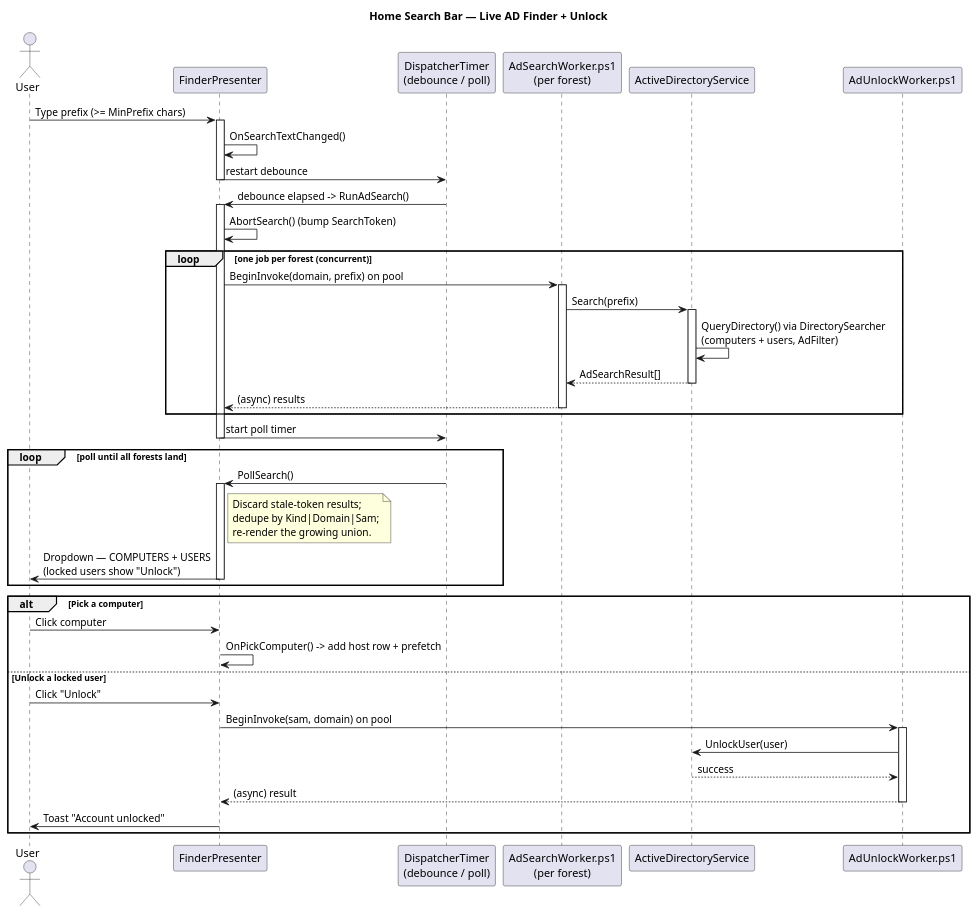
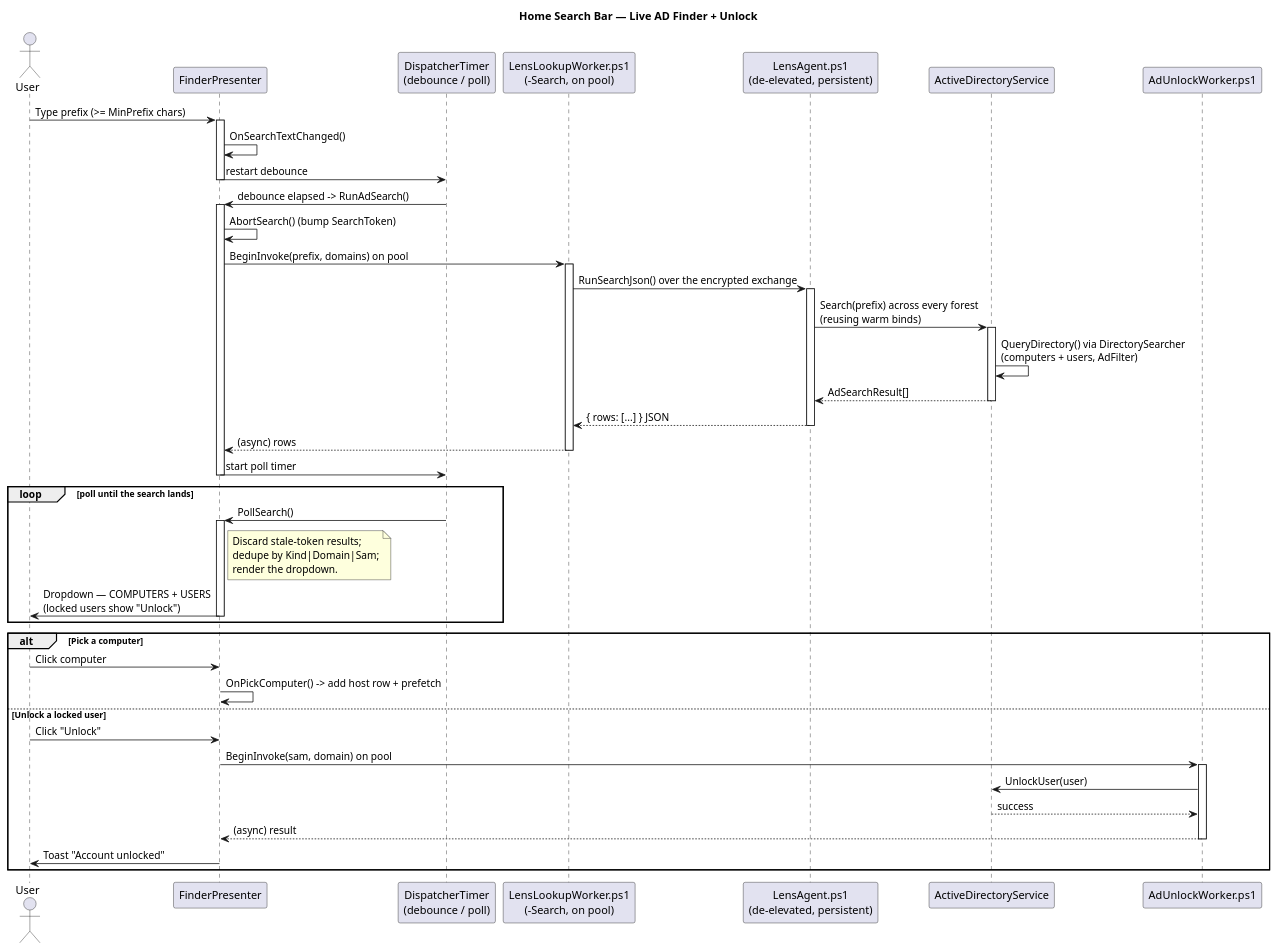
One commit to Danial-Changez/DONUT changed the diagram in docs/diagrams/ad_finder_sequence_diagram.puml. Above: the diagram before and after it, drawn with PlantUML. The commit also changed 7 other files, not shown here.

First line of the commit message:
docs: sync with recent changes - AD finder via the Lens agent + website->web

```diff
--- a/docs/diagrams/ad_finder_sequence_diagram.puml
+++ b/docs/diagrams/ad_finder_sequence_diagram.puml
@@ -1,55 +1,58 @@
 @startuml ad_finder_sequence_diagram
 title Home Search Bar — Live AD Finder + Unlock
 
 actor User
 participant "FinderPresenter" as Presenter
 participant "DispatcherTimer\n(debounce / poll)" as Timer
-participant "AdSearchWorker.ps1\n(per forest)" as Worker
+participant "LensLookupWorker.ps1\n(-Search, on pool)" as Worker
+participant "LensAgent.ps1\n(de-elevated, persistent)" as Agent
 participant "ActiveDirectoryService" as AD
 participant "AdUnlockWorker.ps1" as Unlock
 
 User -> Presenter: Type prefix (>= MinPrefix chars)
 activate Presenter
 Presenter -> Presenter: OnSearchTextChanged()
 Presenter -> Timer: restart debounce
 deactivate Presenter
 
 Timer -> Presenter: debounce elapsed -> RunAdSearch()
 activate Presenter
 Presenter -> Presenter: AbortSearch() (bump SearchToken)
-loop one job per forest (concurrent)
-    Presenter -> Worker: BeginInvoke(domain, prefix) on pool
-    activate Worker
-    Worker -> AD: Search(prefix)
-    activate AD
-    AD -> AD: QueryDirectory() via DirectorySearcher\n(computers + users, AdFilter)
-    AD --> Worker: AdSearchResult[]
-    deactivate AD
-    Worker --> Presenter: (async) results
-    deactivate Worker
-end
+Presenter -> Worker: BeginInvoke(prefix, domains) on pool
+activate Worker
+Worker -> Agent: RunSearchJson() over the encrypted exchange
+activate Agent
+Agent -> AD: Search(prefix) across every forest\n(reusing warm binds)
+activate AD
+AD -> AD: QueryDirectory() via DirectorySearcher\n(computers + users, AdFilter)
+AD --> Agent: AdSearchResult[]
+deactivate AD
+Agent --> Worker: { rows: [...] } JSON
+deactivate Agent
+Worker --> Presenter: (async) rows
+deactivate Worker
 Presenter -> Timer: start poll timer
 deactivate Presenter
 
-loop poll until all forests land
+loop poll until the search lands
     Timer -> Presenter: PollSearch()
     activate Presenter
-    note right of Presenter: Discard stale-token results;\ndedupe by Kind|Domain|Sam;\nre-render the growing union.
+    note right of Presenter: Discard stale-token results;\ndedupe by Kind|Domain|Sam;\nrender the dropdown.
     Presenter -> User: Dropdown — COMPUTERS + USERS\n(locked users show "Unlock")
     deactivate Presenter
 end
 
 alt Pick a computer
     User -> Presenter: Click computer
     Presenter -> Presenter: OnPickComputer() -> add host row + prefetch
 else Unlock a locked user
     User -> Presenter: Click "Unlock"
     Presenter -> Unlock: BeginInvoke(sam, domain) on pool
     activate Unlock
     Unlock -> AD: UnlockUser(user)
     AD --> Unlock: success
     Unlock --> Presenter: (async) result
     deactivate Unlock
     Presenter -> User: Toast "Account unlocked"
 end
 @enduml
```
